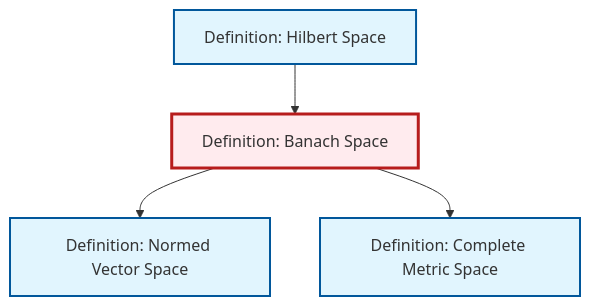
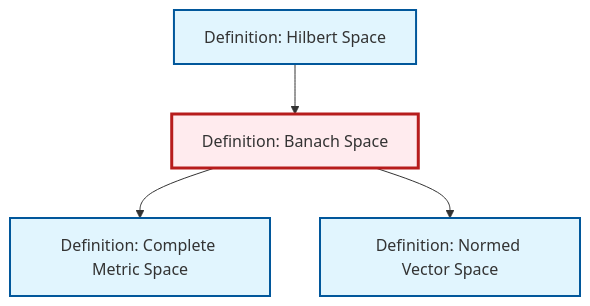
The diagram in content/en/analysis/def-banach-space.qmd (RK0429/ModernMath), drawn with Mermaid before and after one commit. The commit also changed other lines of this file and 619 other files, not shown here.

````diff
--- a/content/en/analysis/def-banach-space.qmd
+++ b/content/en/analysis/def-banach-space.qmd
@@ -116,20 +116,20 @@
 ```{mermaid}
 %%| fig-cap: "Local dependency graph"
 graph TD
     classDef definition fill:#e1f5fe,stroke:#01579b,stroke-width:2px
     classDef theorem fill:#f3e5f5,stroke:#4a148c,stroke-width:2px
     classDef axiom fill:#fff3e0,stroke:#e65100,stroke-width:2px
     classDef example fill:#e8f5e9,stroke:#1b5e20,stroke-width:2px
     classDef current fill:#ffebee,stroke:#b71c1c,stroke-width:3px
     def-banach-space["Definition: Banach Space"]:::definition
+    def-hilbert-space["Definition: Hilbert Space"]:::definition
+    def-normed-vector-space["Definition: Normed Vector Space"]:::definition
     def-complete-metric-space["Definition: Complete Metric Space"]:::definition
-    def-normed-vector-space["Definition: Normed Vector Space"]:::definition
-    def-hilbert-space["Definition: Hilbert Space"]:::definition
     def-hilbert-space --> def-banach-space
+    def-banach-space --> def-complete-metric-space
     def-banach-space --> def-normed-vector-space
-    def-banach-space --> def-complete-metric-space
     class def-banach-space current
+    click def-hilbert-space "def-hilbert-space.html" "Go to Hilbert Space definition"
+    click def-normed-vector-space "def-normed-vector-space.html" "Go to Normed Vector Space definition"
     click def-complete-metric-space "def-complete-metric-space.html" "Go to Complete Metric Space definition"
-    click def-normed-vector-space "def-normed-vector-space.html" "Go to Normed Vector Space definition"
-    click def-hilbert-space "def-hilbert-space.html" "Go to Hilbert Space definition"
 ```
````
